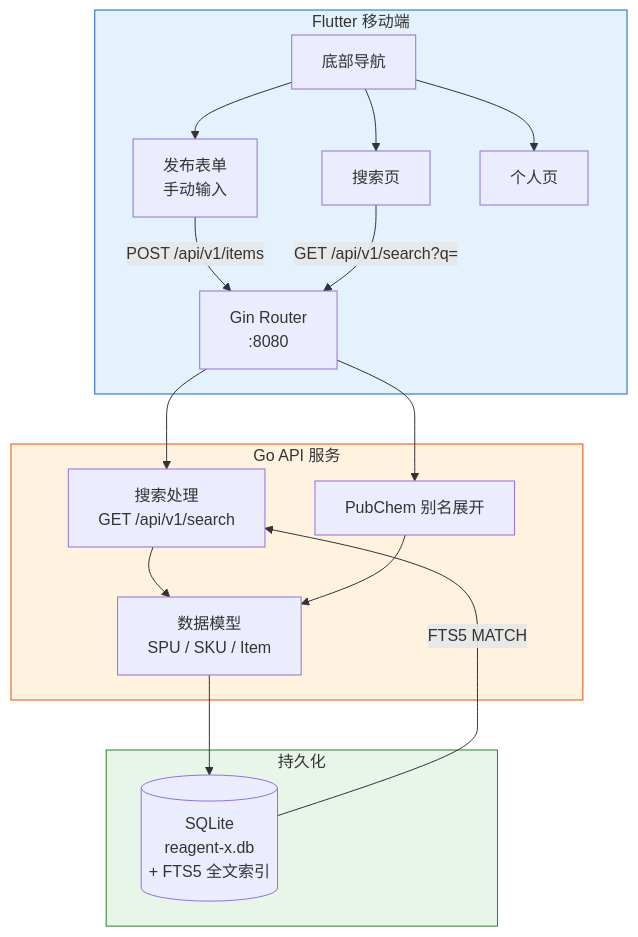
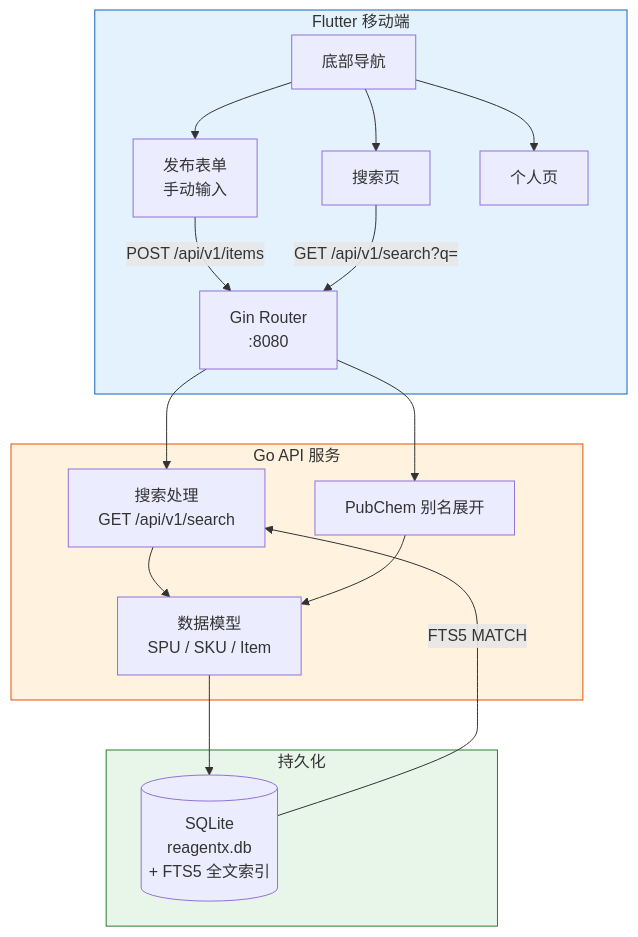
One commit to Qxy0happy/ReagentX changed the diagram in README.md. Above: the diagram before and after it, drawn with Mermaid. The commit also changed other lines of this file and 18 other files, not shown here.

````diff
--- a/README.md
+++ b/README.md
@@ -7,34 +7,34 @@
 ```mermaid
 graph TB
     subgraph frontend["Flutter 移动端"]
         PublishForm["发布表单<br/>手动输入"]
         Search["搜索页"]
         Profile["个人页"]
         Nav["底部导航"]
         Nav --> Search & PublishForm & Profile
         PublishForm -->|"POST /api/v1/items"| Gin
     end
 
     subgraph backend["Go API 服务"]
         Gin["Gin Router<br/>:8080"]
         SearchH["搜索处理<br/>GET /api/v1/search"]
         PubChem["PubChem 别名展开"]
         Models["数据模型<br/>SPU / SKU / Item"]
         Gin --> SearchH
         Gin --> PubChem
         SearchH --> Models
         PubChem --> Models
     end
 
     subgraph storage["持久化"]
-        SQLite[("SQLite<br/>reagent-x.db<br/>+ FTS5 全文索引")]
+        SQLite[("SQLite<br/>reagentx.db<br/>+ FTS5 全文索引")]
     end
 
     Search -->|"GET /api/v1/search?q="| Gin
     Models --> SQLite
     SQLite -->|"FTS5 MATCH"| SearchH
 
     style frontend fill:#e3f2fd,stroke:#1565c0
     style backend fill:#fff3e0,stroke:#e65100
     style storage fill:#e8f5e9,stroke:#2e7d32
 ```
````
